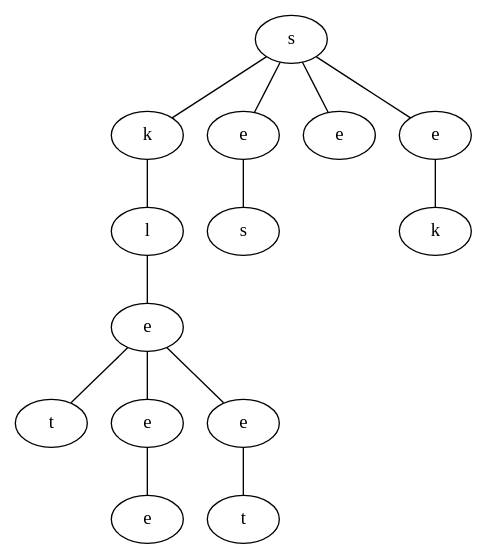
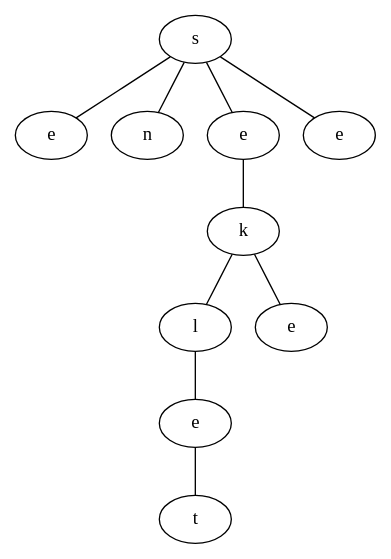
Before and after one commit to schrum2/MM-NEAT: the diagram in data/VGLC/graph.dot, drawn with Graphviz. The commit also changed 4 other files, not shown here.

Commit message:
Generated Zelda Graphs more random

```diff
--- a/data/VGLC/graph.dot
+++ b/data/VGLC/graph.dot
@@ -1,29 +1,21 @@
 graph {
-pUgt[label="s"]
-SDbI[label="k"]
-TePx[label="e"]
-iIrN[label="e"]
-DlKu[label="e"]
-zsfG[label="l"]
-gBvr[label="s"]
-CcEs[label="k"]
-GVZr[label="e"]
-wfIM[label="t"]
-qpIT[label="e"]
-URHd[label="e"]
-zeMj[label="e"]
-Sfie[label="t"]
-pUgt -- SDbI
-pUgt -- TePx
-pUgt -- iIrN
-pUgt -- DlKu
-SDbI -- zsfG
-TePx -- gBvr
-DlKu -- CcEs
-zsfG -- GVZr
-GVZr -- wfIM
-GVZr -- qpIT
-GVZr -- URHd
-qpIT -- zeMj
-URHd -- Sfie
+PCZT[label="s"]
+rDPe[label="e"]
+ktUp[label="n"]
+QHRL[label="e"]
+SQPn[label="e"]
+CrkF[label="k"]
+TjIA[label="l"]
+dQNh[label="e"]
+UuxO[label="e"]
+eHMD[label="t"]
+PCZT -- rDPe
+PCZT -- ktUp
+PCZT -- QHRL
+PCZT -- SQPn
+QHRL -- CrkF
+CrkF -- TjIA
+CrkF -- dQNh
+TjIA -- UuxO
+UuxO -- eHMD
 }
```
